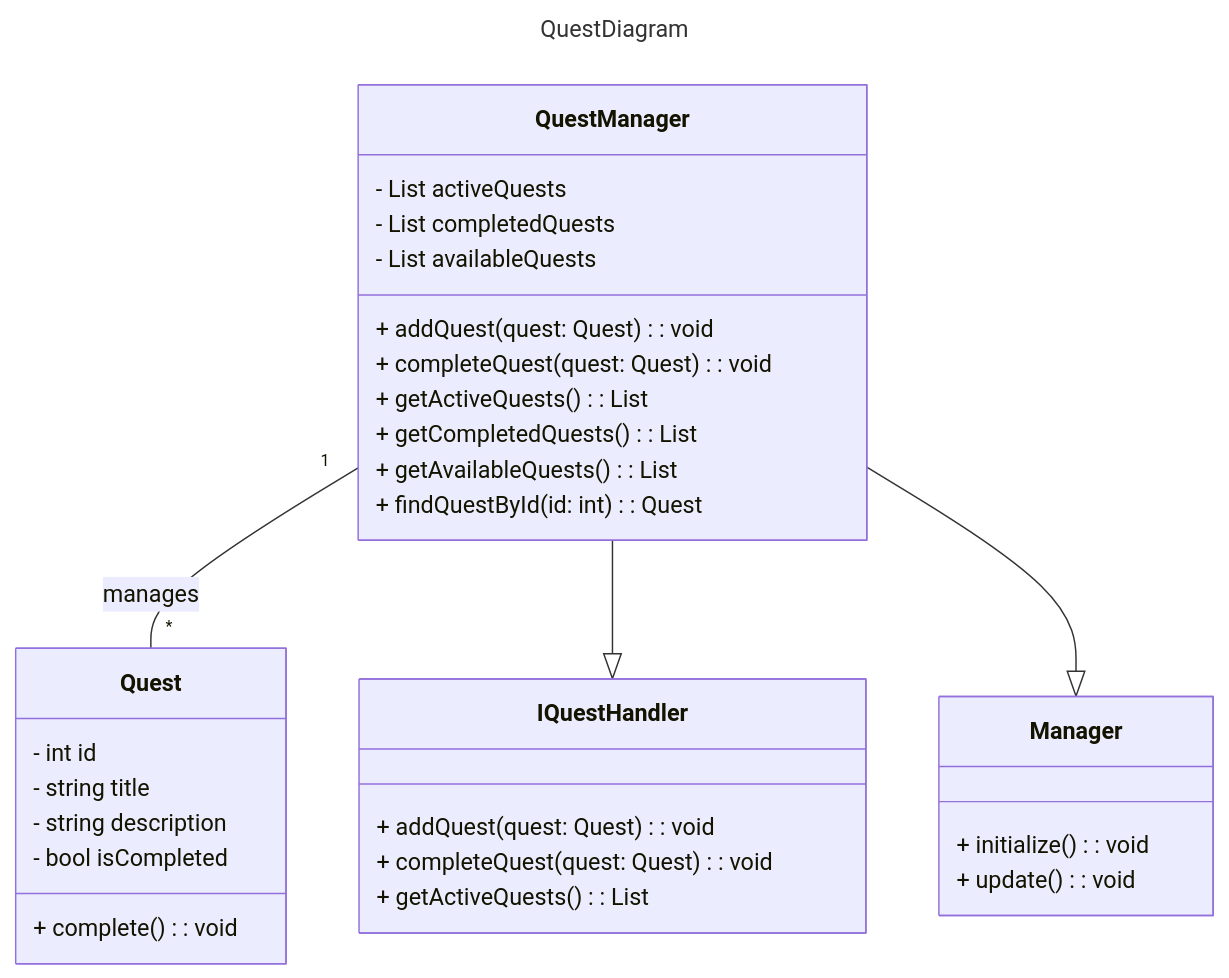
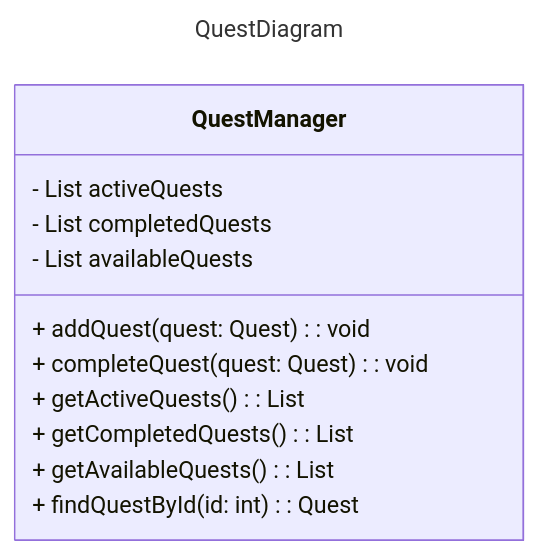
One commit to pacalso-jjc/2425-2nd-cc3-1b-rpg changed the diagram in wiki/Class-Diagram.md. Above: the diagram before and after it, drawn with Mermaid.

````diff
--- a/wiki/Class-Diagram.md
+++ b/wiki/Class-Diagram.md
@@ -1,40 +1,17 @@
 ```mermaid
 ---
 title: QuestDiagram
 ---
 classDiagram
     class QuestManager {
         - List<Quest> activeQuests
         - List<Quest> completedQuests
         - List<Quest> availableQuests
         + addQuest(quest: Quest): void
         + completeQuest(quest: Quest): void
         + getActiveQuests(): List<Quest>
         + getCompletedQuests(): List<Quest>
         + getAvailableQuests(): List<Quest>
         + findQuestById(id: int): Quest
     }
-
-    class Quest {
-        - int id
-        - string title
-        - string description
-        - bool isCompleted
-        + complete(): void
-    }
-
-    class IQuestHandler {
-        + addQuest(quest: Quest): void
-        + completeQuest(quest: Quest): void
-        + getActiveQuests(): List<Quest>
-    }
-
-    class Manager {
-        + initialize(): void
-        + update(): void
-    }
-
-    QuestManager "1" -- "*" Quest : manages
-    QuestManager --|> IQuestHandler
-    QuestManager --|> Manager
 ```
````
